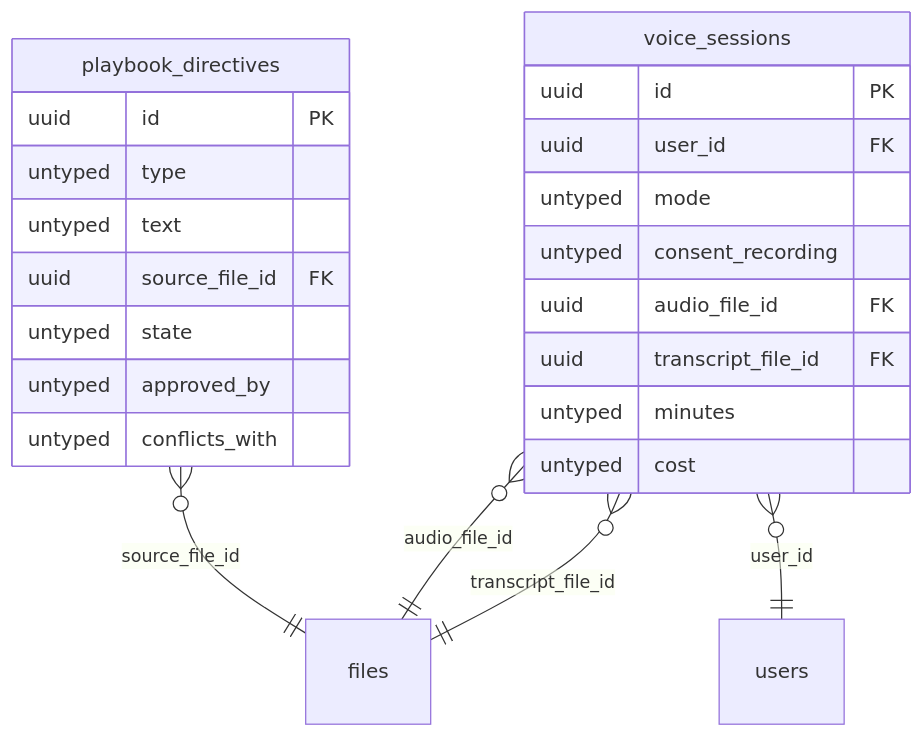
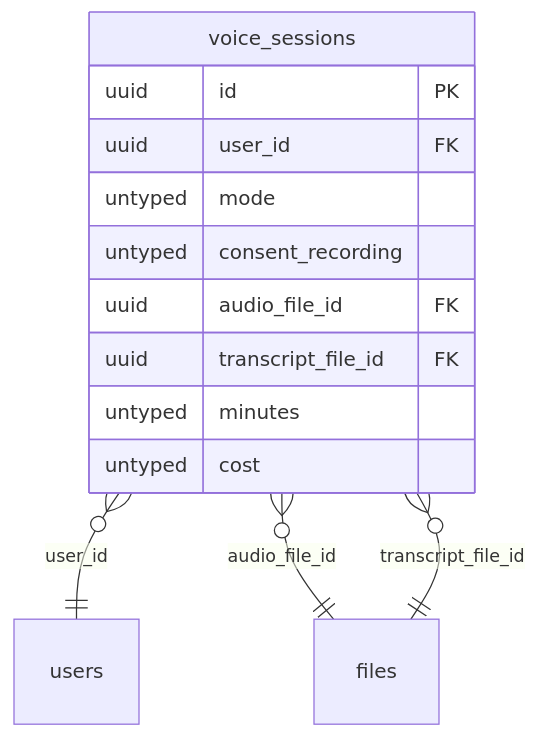
Diagram 15 of 16 in docs/data/erd.md (techaust/shakti_prime), drawn with Mermaid before and after one commit. The commit also changed other lines of this file and 11 other files, not shown here.

First line of the commit message:
feat(knowledge): playbook directives, conflict pairs, draft permission and commands

````diff
--- a/docs/data/erd.md
+++ b/docs/data/erd.md
@@ -1878,26 +1919,16 @@
 ```mermaid
 erDiagram
-  playbook_directives {
-    uuid id PK
-    untyped type
-    untyped text
-    uuid source_file_id FK
-    untyped state
-    untyped approved_by
-    untyped conflicts_with
-  }
   voice_sessions {
     uuid id PK
     uuid user_id FK
     untyped mode
     untyped consent_recording
     uuid audio_file_id FK
     uuid transcript_file_id FK
     untyped minutes
     untyped cost
   }
-  playbook_directives }o--|| files : "source_file_id"
   voice_sessions }o--|| users : "user_id"
   voice_sessions }o--|| files : "audio_file_id"
   voice_sessions }o--|| files : "transcript_file_id"
 ```
````
